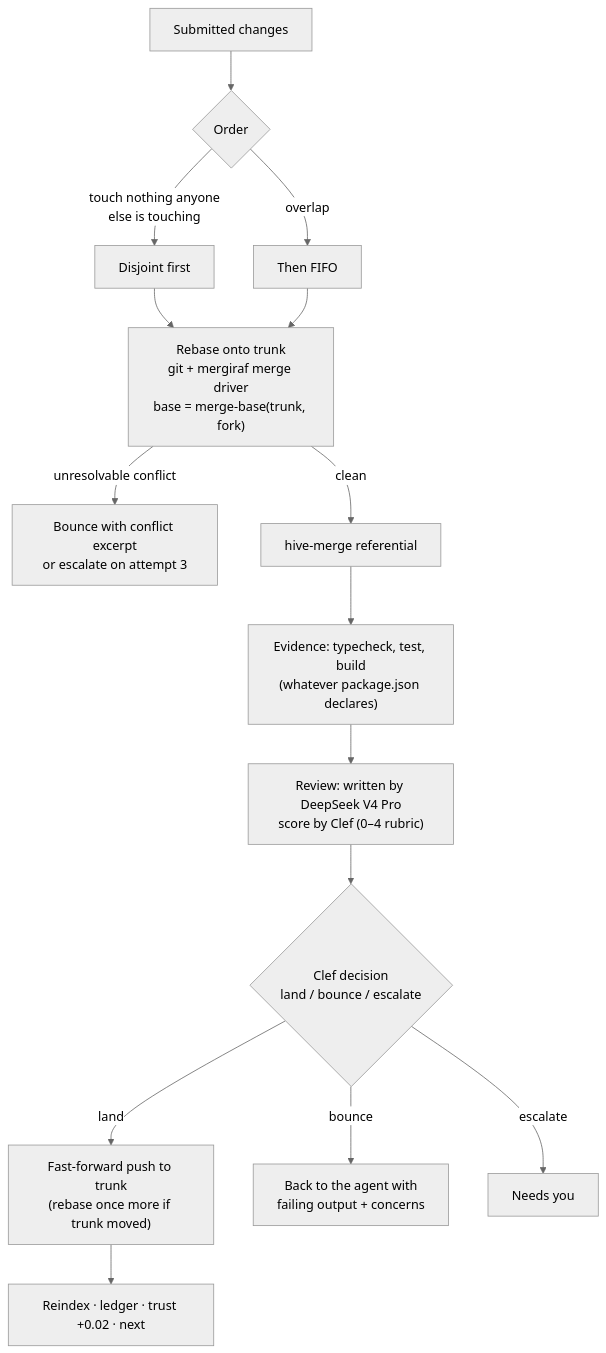
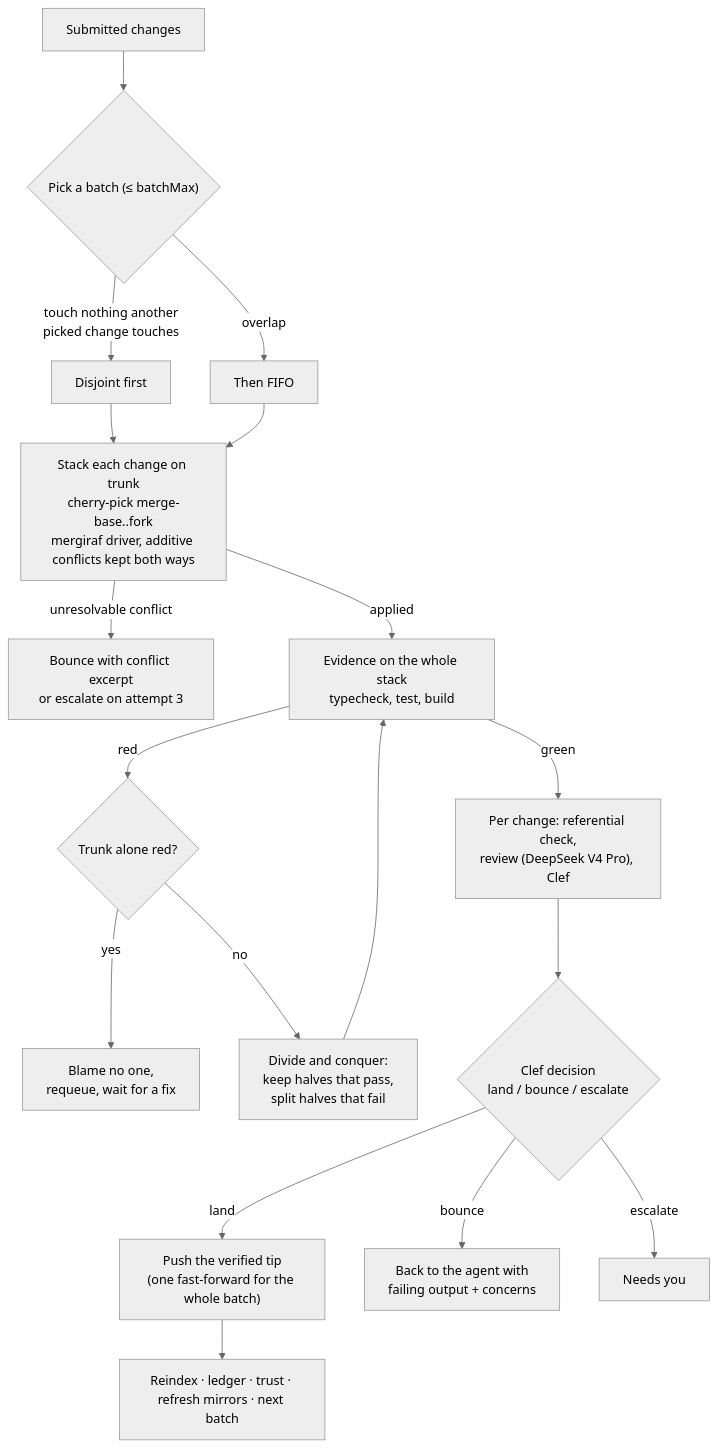
The fifth of 7 diagrams in README.md (hivegithq/hive), drawn with Mermaid (neutral theme) before and after one commit. The commit also changed other lines of this file and 8 other files, not shown here.

First line of the commit message:
Land hot-file appends, build culprit search on verified stacks

````diff
--- a/README.md
+++ b/README.md
@@ -269,17 +270,20 @@
 ```mermaid
 flowchart TD
-    S[Submitted changes] --> O{Order}
-    O -->|touch nothing anyone<br/>else is touching| D1[Disjoint first]
+    S[Submitted changes] --> O{"Pick a batch (≤ batchMax)"}
+    O -->|touch nothing another<br/>picked change touches| D1[Disjoint first]
     O -->|overlap| D2[Then FIFO]
     D1 --> R
     D2 --> R
-    R["Rebase onto trunk<br/>git + mergiraf merge driver<br/>base = merge-base(trunk, fork)"] -->|unresolvable conflict| B1[Bounce with conflict excerpt<br/>or escalate on attempt 3]
-    R -->|clean| RF[hive-merge referential]
-    RF --> EV["Evidence: typecheck, test, build<br/>(whatever package.json declares)"]
-    EV --> RV["Review: written by DeepSeek V4 Pro<br/>score by Clef (0–4 rubric)"]
+    R["Stack each change on trunk<br/>cherry-pick merge-base..fork<br/>mergiraf driver, additive conflicts kept both ways"] -->|unresolvable conflict| B1[Bounce with conflict excerpt<br/>or escalate on attempt 3]
+    R -->|applied| EV["Evidence on the whole stack<br/>typecheck, test, build"]
+    EV -->|red| BL{"Trunk alone red?"}
+    BL -->|yes| TR[Blame no one,<br/>requeue, wait for a fix]
+    BL -->|no| DC["Divide and conquer:<br/>keep halves that pass,<br/>split halves that fail"]
+    DC --> EV
+    EV -->|green| RV["Per change: referential check,<br/>review (DeepSeek V4 Pro), Clef"]
     RV --> DEC{"Clef decision<br/>land / bounce / escalate"}
-    DEC -->|land| P["Fast-forward push to trunk<br/>(rebase once more if trunk moved)"]
+    DEC -->|land| P["Push the verified tip<br/>(one fast-forward for the whole batch)"]
     DEC -->|bounce| B2[Back to the agent with<br/>failing output + concerns]
     DEC -->|escalate| H[Needs you]
-    P --> L[Reindex · ledger · trust +0.02 · next]
+    P --> L[Reindex · ledger · trust · refresh mirrors · next batch]
 ```
````
